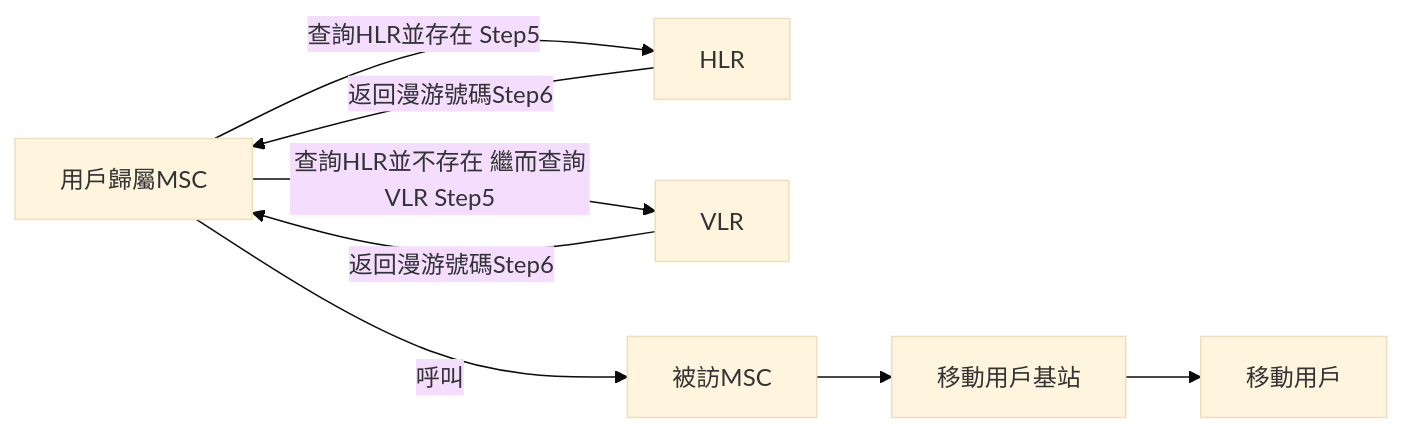
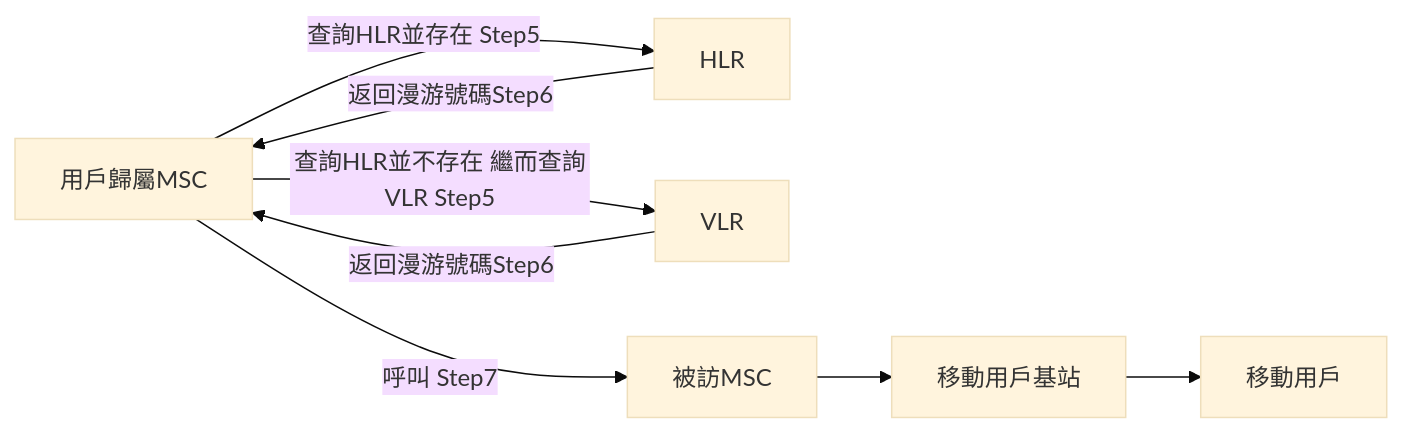
Before and after one commit to chchoiw/chchoiw.github.io: the eighth of 8 diagrams in _posts/2021-07-21-04741-internet.md, drawn with Mermaid (base theme).

````diff
--- a/_posts/2021-07-21-04741-internet.md
+++ b/_posts/2021-07-21-04741-internet.md
@@ -786,10 +786,10 @@
 ```mermaid
 graph LR
     E[用戶歸屬MSC]-- 查詢HLR並存在 Step5-->F[HLR]
     E-- 查詢HLR並不存在 繼而查詢VLR Step5-->G[VLR]
     F-- 返回漫游號碼Step6-->E
     G-- 返回漫游號碼Step6-->E
-    E--呼叫 -->H[被訪MSC]
+    E--呼叫 Step7 -->H[被訪MSC]
     H-->I[移動用戶基站] 
     I-->J[移動用戶]
 ```
````
